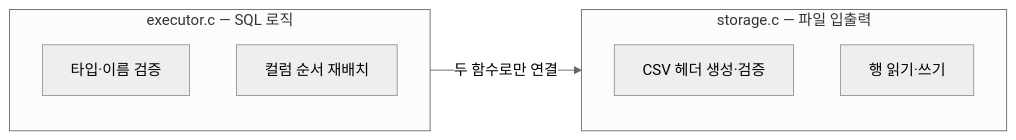
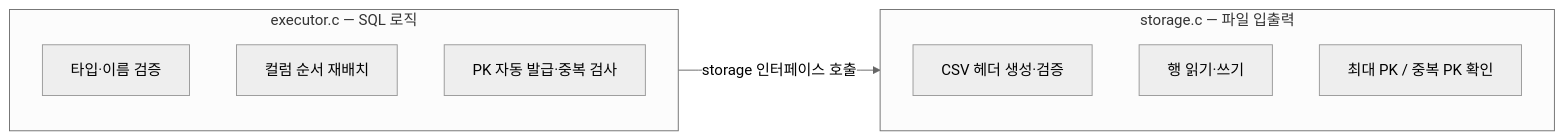
One commit to Jungle-12-303/week7-02-sql-index changed diagram 12 of 13 in README.md. Above: the diagram before and after it, drawn with Mermaid (neutral theme). The commit also changed other lines of this file and 1 other file, not shown here.

````diff
--- a/README.md
+++ b/README.md
@@ -227,12 +247,14 @@
 ```mermaid
 flowchart LR
     subgraph executor["executor.c — SQL 로직"]
         E1["타입·이름 검증"]
         E2["컬럼 순서 재배치"]
+        E3["PK 자동 발급·중복 검사"]
     end
     subgraph storage["storage.c — 파일 입출력"]
         S1["CSV 헤더 생성·검증"]
         S2["행 읽기·쓰기"]
+        S3["최대 PK / 중복 PK 확인"]
     end
-    executor -->|"두 함수로만 연결"| storage
+    executor -->|"storage 인터페이스 호출"| storage
 ```
````
